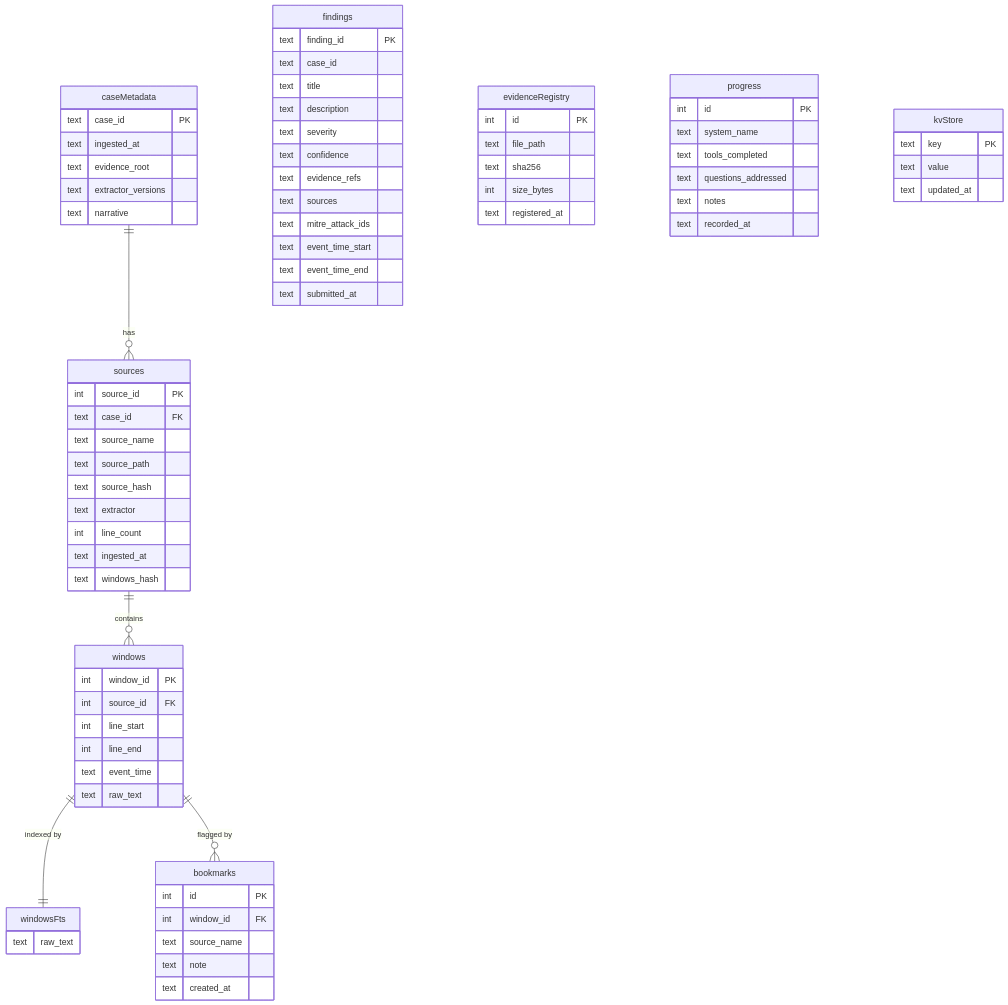
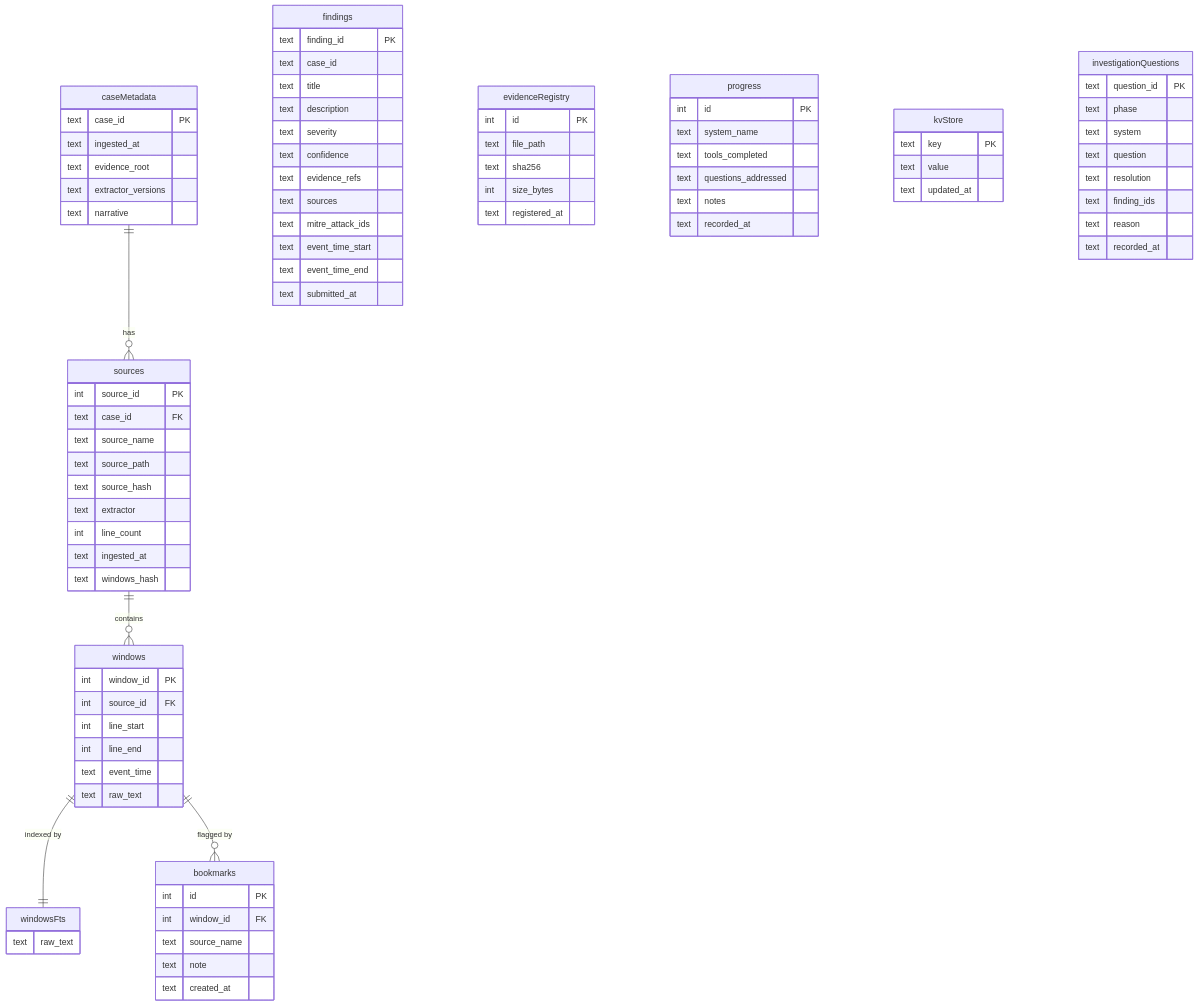
One commit to calebevans/mulder changed the fifth of 6 diagrams in docs/architecture.md. Above: the diagram before and after it, drawn with Mermaid. The commit also changed other lines of this file and 24 other files, not shown here.

```diff
--- a/docs/architecture.md
+++ b/docs/architecture.md
@@ -368,6 +395,17 @@
         text updated_at
     }
 
+    investigationQuestions {
+        text question_id PK
+        text phase
+        text system
+        text question
+        text resolution
+        text finding_ids
+        text reason
+        text recorded_at
+    }
+
     caseMetadata ||--o{ sources : "has"
     sources ||--o{ windows : "contains"
     windows ||--|| windowsFts : "indexed by"
```
